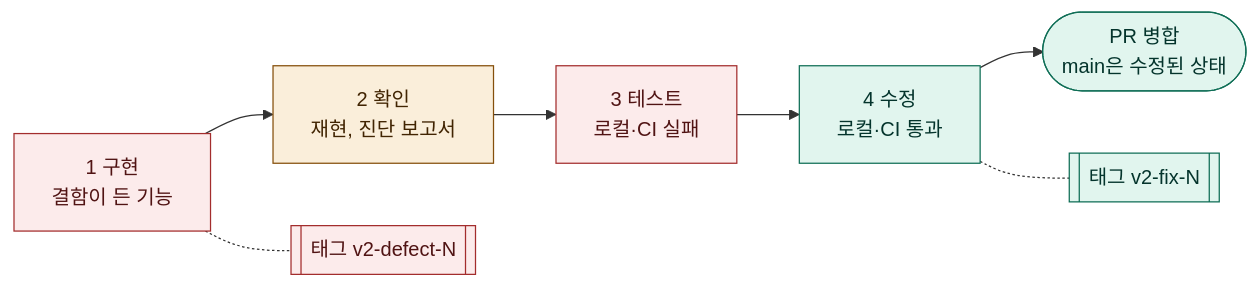
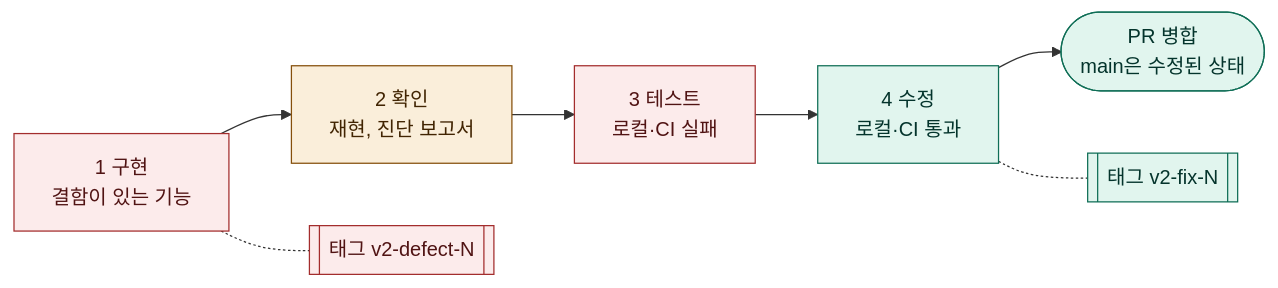
One commit to loquemedalagana/secure-enroll-demo changed the diagram in docs/v2-defects.md. Above: the diagram before and after it, drawn with Mermaid.

Commit message:
docs: v2-defects.md 그림의 '결함이 든 기능'을 '결함이 있는 기능'으로 고침
기준 문서는 결함이 코드에 '있다'라고 쓰도록 정했고, 그림 위의 표도 '결함이 있는 채로'라고 쓴다.

````diff
--- a/docs/v2-defects.md
+++ b/docs/v2-defects.md
@@ -26,13 +26,13 @@
 ```mermaid
 flowchart LR
-  a["1 구현<br/>결함이 든 기능"] --> b["2 확인<br/>재현, 진단 보고서"] --> c["3 테스트<br/>로컬·CI 실패"] --> d["4 수정<br/>로컬·CI 통과"] --> e(["PR 병합<br/>main은 수정된 상태"])
+  a["1 구현<br/>결함이 있는 기능"] --> b["2 확인<br/>재현, 진단 보고서"] --> c["3 테스트<br/>로컬·CI 실패"] --> d["4 수정<br/>로컬·CI 통과"] --> e(["PR 병합<br/>main은 수정된 상태"])
   a -.- t1[["태그 v2-defect-N"]]
   d -.- t2[["태그 v2-fix-N"]]
 
   classDef safe fill:#E1F5EE,stroke:#0F6E56,color:#04342C
   classDef danger fill:#FCEBEB,stroke:#A32D2D,color:#501313
   classDef check fill:#FAEEDA,stroke:#854F0B,color:#412402
   class a,c,t1 danger
   class b check
   class d,e,t2 safe
 ```
````
